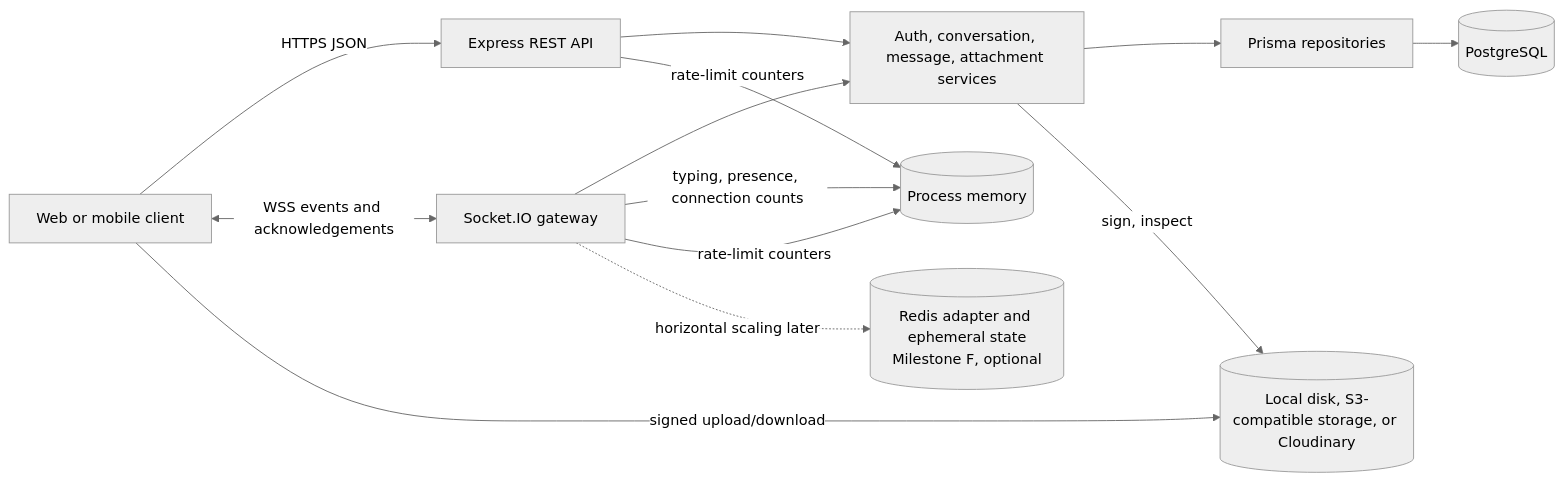
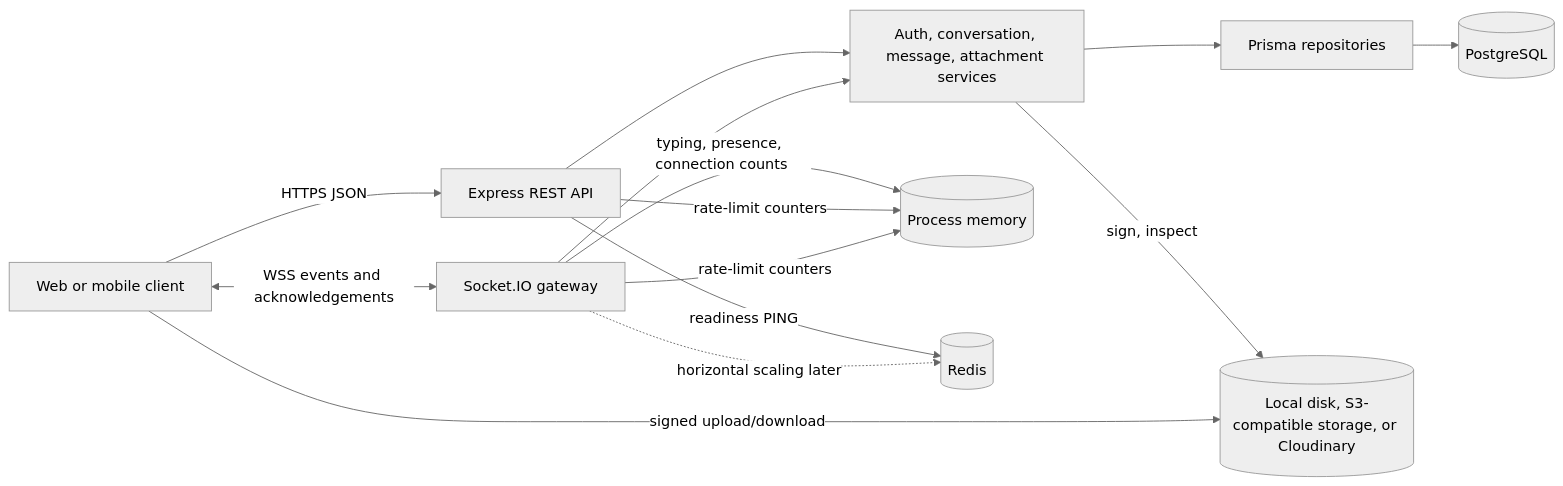
One commit to codephoenix86/convo changed the diagram in docs/architecture.md. Above: the diagram before and after it, drawn with Mermaid (neutral theme). The commit also changed other lines of this file and 19 other files, not shown here.

Commit message:
feat: add resilient Redis lifecycle and readiness

````diff
--- a/docs/architecture.md
+++ b/docs/architecture.md
@@ -5,25 +5,26 @@
 ```mermaid
 flowchart LR
   Client[Web or mobile client]
   HTTP[Express REST API]
   Socket[Socket.IO gateway]
   Services[Auth, conversation, message, attachment services]
   Repositories[Prisma repositories]
   PostgreSQL[(PostgreSQL)]
   Memory[(Process memory)]
   Storage[(Local disk, S3-compatible storage, or Cloudinary)]
-  Redis[(Redis adapter and ephemeral state\nMilestone F, optional)]
+  Redis[(Redis)]
 
   Client -->|HTTPS JSON| HTTP
   Client <-->|WSS events and acknowledgements| Socket
   HTTP --> Services
   Socket --> Services
   Services --> Repositories
   Repositories --> PostgreSQL
+  HTTP -->|readiness PING| Redis
   Services -->|sign, inspect| Storage
   Client -->|signed upload/download| Storage
   Socket -->|typing, presence, connection counts| Memory
   HTTP -->|rate-limit counters| Memory
   Socket -->|rate-limit counters| Memory
   Socket -.->|horizontal scaling later| Redis
 ```
````
